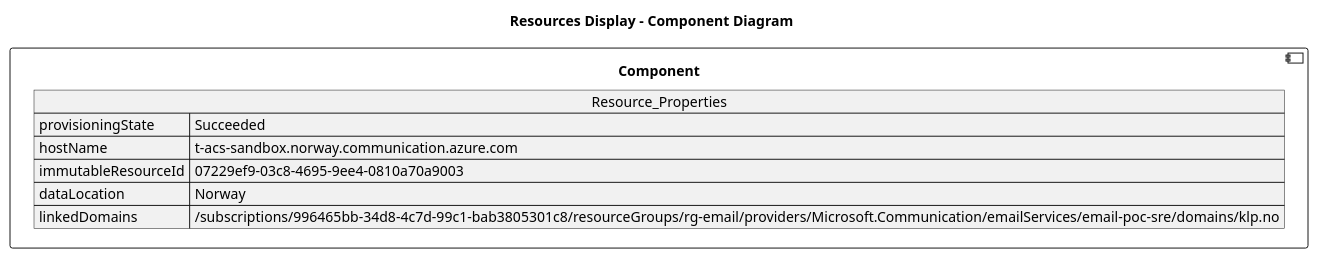
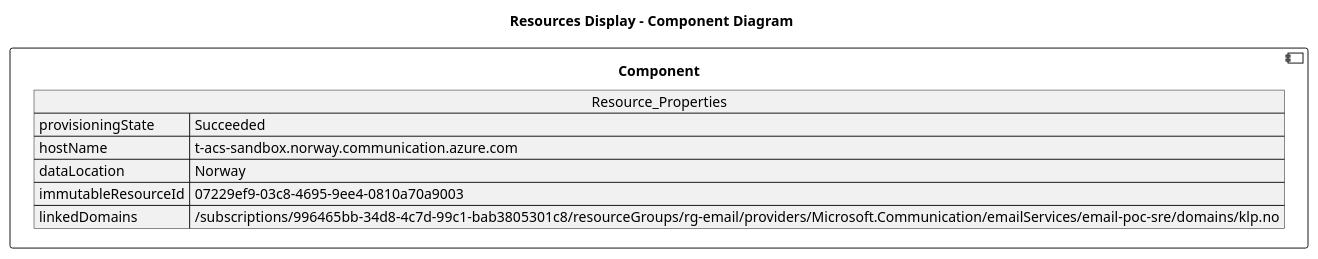
Before and after one commit to DanielAmpong/Test-Azure-architecture-diagram: the diagram in architectureDesign/PUML/t-acs-sandbox_Resources/t_acs_sandbox.puml, drawn with PlantUML. The commit also changed other lines of this file and 338 other files, not shown here.

```diff
--- a/architectureDesign/PUML/t-acs-sandbox_Resources/t_acs_sandbox.puml
+++ b/architectureDesign/PUML/t-acs-sandbox_Resources/t_acs_sandbox.puml
@@ -1,17 +1,17 @@
 @startuml
 
 title Resources Display - Component Diagram
 
 component Component {
 
 json  Resource_Properties {
   "provisioningState": "Succeeded",
   "hostName": "t-acs-sandbox.norway.communication.azure.com",
+  "dataLocation": "Norway",
   "immutableResourceId": "07229ef9-03c8-4695-9ee4-0810a70a9003",
-  "dataLocation": "Norway",
   "linkedDomains": [
     "/subscriptions/996465bb-34d8-4c7d-99c1-bab3805301c8/resourceGroups/rg-email/providers/Microsoft.Communication/emailServices/email-poc-sre/domains/klp.no"
   ]
 }
 }
 @enduml
```
